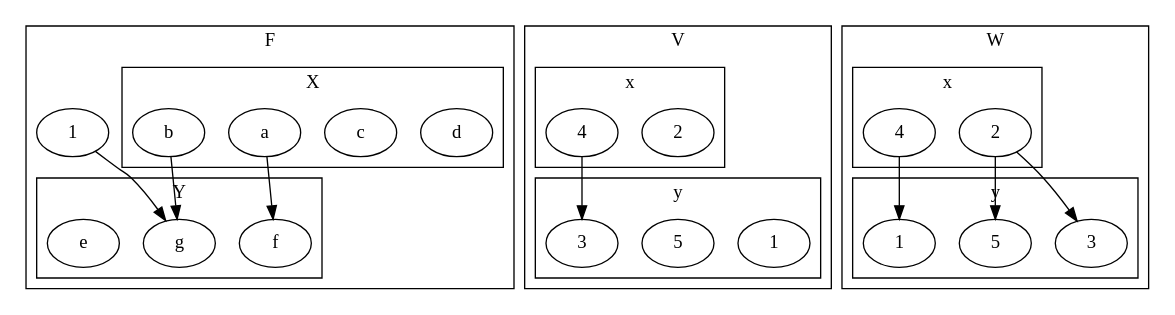
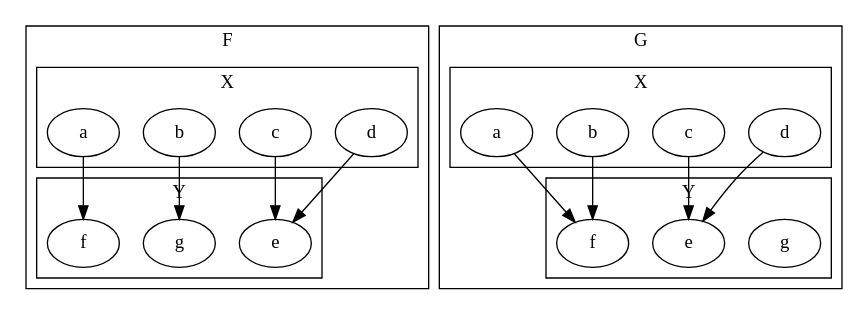
The sixth of 6 diagrams in CSDS 302 - Discrete Math/HW/1.md (tnichols217/notes), drawn with Graphviz before and after one commit.

Commit message:
vault backup: 2024-01-26 19:15:57

````diff
--- a/CSDS 302 - Discrete Math/HW/1.md
+++ b/CSDS 302 - Discrete Math/HW/1.md
@@ -535,64 +535,50 @@
 ```dot
 digraph {
 	subgraph {
 		label=F
 		cluster=true
 		subgraph {
 			label=X
 			cluster=true
 			d1 [label=d]
 			c1 [label=c]
 			b1 [label=b]
 			a1 [label=a]
 		}
 		subgraph {
 			label=Y
 			cluster=true
 			C1 [label=g]
 			B1 [label=f]
 			A1 [label=e]
 		}
 		a1->B1
 		b1->C1
-		1->C1
+		c1->A1
+		d1->A1
 	}
 	subgraph {
-		label=V
+		label=G
 		cluster=true
 		subgraph {
-			label=x
+			label=X
 			cluster=true
-			a2 [label=2]
-			b2 [label=4]
+			d2 [label=d]
+			c2 [label=c]
+			b2 [label=b]
+			a2 [label=a]
 		}
 		subgraph {
-			label=y
+			label=Y
 			cluster=true
-			A2 [label=1]
-			C2 [label=5]
-			B2 [label=3]
+			C2 [label=g]
+			B2 [label=f]
+			A2 [label=e]
 		}
+		a2->B2
 		b2->B2
-	}
-	subgraph {
-		label=W
-		cluster=true
-		subgraph {
-			label=x
-			cluster=true
-			a [label=2]
-			b [label=4]
-		}
-		subgraph {
-			label=y
-			cluster=true
-			C [label=5]
-			A [label=1]
-			B [label=3]
-		}
-		a->C
-		b->A
-		a->B
+		c2->A2
+		d2->A2
 	}
 }
 ```
````
